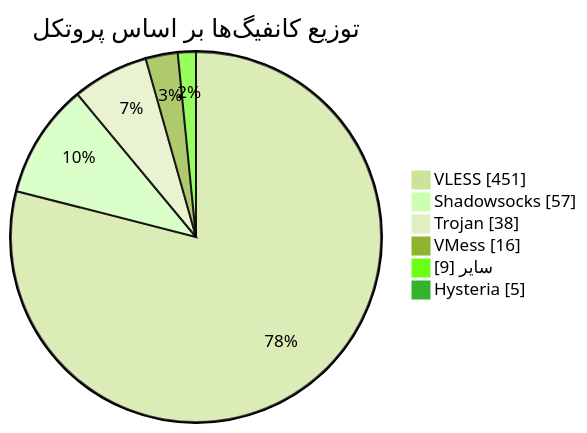
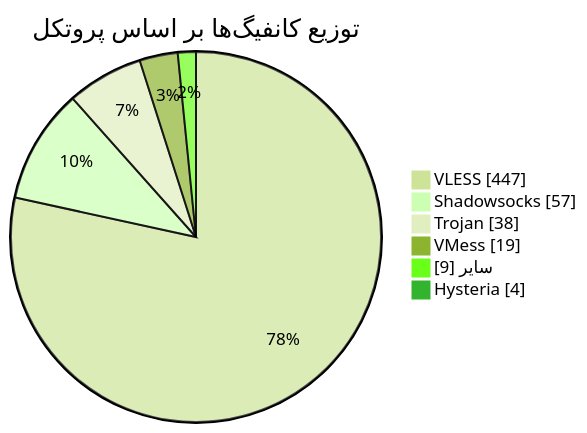
Before and after one commit to Arian-Alijani/Somthing: the diagram in README.md, drawn with Mermaid (forest theme). The commit also changed other lines of this file and 19 other files, not shown here.

````diff
--- a/README.md
+++ b/README.md
@@ -48,10 +48,10 @@
 ```mermaid
 pie showData
     title توزیع کانفیگ‌ها بر اساس پروتکل
-    "VLESS" : 451
+    "VLESS" : 447
     "Shadowsocks" : 57
     "Trojan" : 38
-    "VMess" : 16
+    "VMess" : 19
     "سایر" : 9
-    "Hysteria" : 5
+    "Hysteria" : 4
 ```
````
